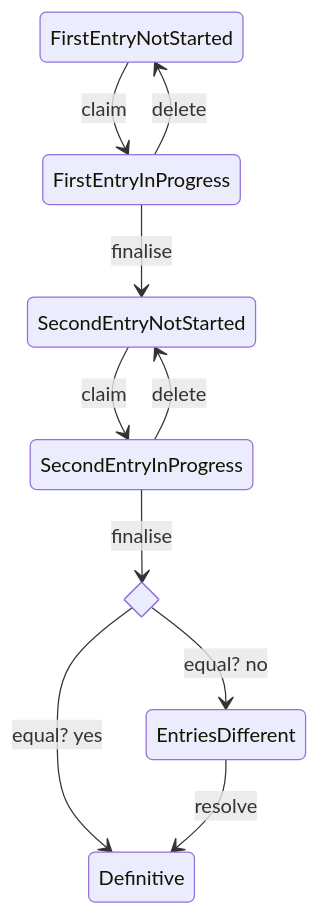
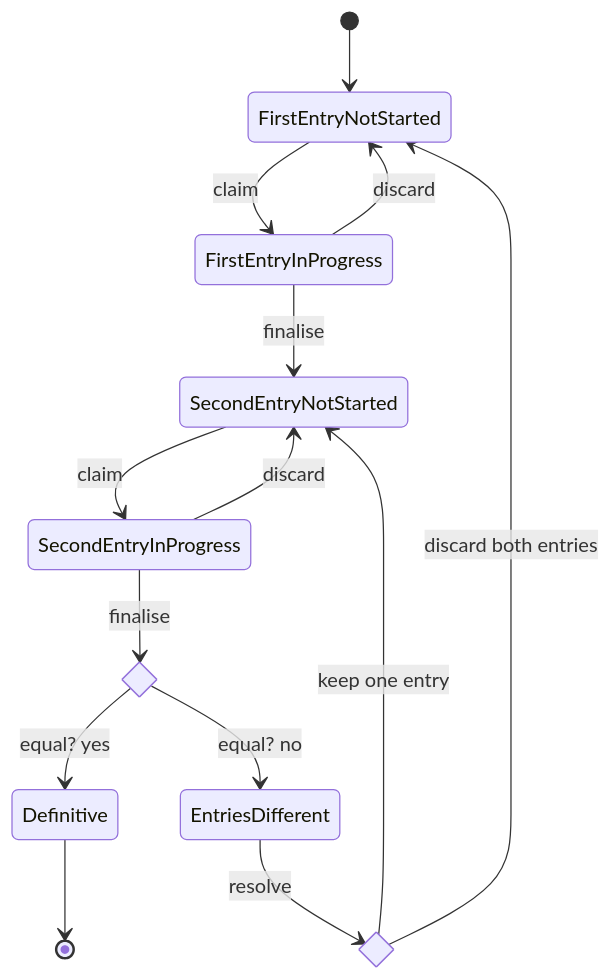
The diagram in documentatie/flowcharts/data-entry-state.md (kiesraad/abacus), drawn with Mermaid before and after one commit. The commit also changed other lines of this file, not shown here.

Commit message:
Added data entry difference state transitions (#1252)

````diff
--- a/documentatie/flowcharts/data-entry-state.md
+++ b/documentatie/flowcharts/data-entry-state.md
@@ -7,19 +7,20 @@
 ```mermaid
-stateDiagram
-FirstEntryNotStarted --> FirstEntryInProgress: claim
-#FirstEntryInProgress --> FirstEntryInProgress: claim
-#FirstEntryInProgress --> FirstEntryInProgress: save
-FirstEntryInProgress --> SecondEntryNotStarted: finalise
-FirstEntryInProgress --> FirstEntryNotStarted: delete
-SecondEntryNotStarted --> SecondEntryInProgress: claim
-#SecondEntryInProgress --> SecondEntryInProgress: claim
-#SecondEntryInProgress --> SecondEntryInProgress: save
-state is_equal <<choice>>
-is_equal --> Definitive: equal? yes
-is_equal --> EntriesDifferent: equal? no
-SecondEntryInProgress --> is_equal: finalise
-SecondEntryInProgress --> SecondEntryNotStarted: delete
-#EntriesDifferent --> EntriesDifferent: save
-# Will be Implemented in #130: EntriesDifferent --> NotStarted: delete
-EntriesDifferent --> Definitive: resolve
+stateDiagram-v2
+  [*] --> FirstEntryNotStarted
+  FirstEntryNotStarted --> FirstEntryInProgress: claim
+  #FirstEntryInProgress --> FirstEntryInProgress: save
+  FirstEntryInProgress --> SecondEntryNotStarted: finalise
+  FirstEntryInProgress --> FirstEntryNotStarted: discard
+  SecondEntryNotStarted --> SecondEntryInProgress: claim
+  #SecondEntryInProgress --> SecondEntryInProgress: save
+  state is_equal <<choice>>
+  SecondEntryInProgress --> is_equal: finalise
+  SecondEntryInProgress --> SecondEntryNotStarted: discard
+  state resolve <<choice>>
+  EntriesDifferent --> resolve: resolve
+  resolve --> SecondEntryNotStarted: keep one entry
+  resolve --> FirstEntryNotStarted: discard both entries
+  is_equal --> Definitive: equal? yes
+  is_equal --> EntriesDifferent: equal? no
+  Definitive --> [*]
 ```
````
